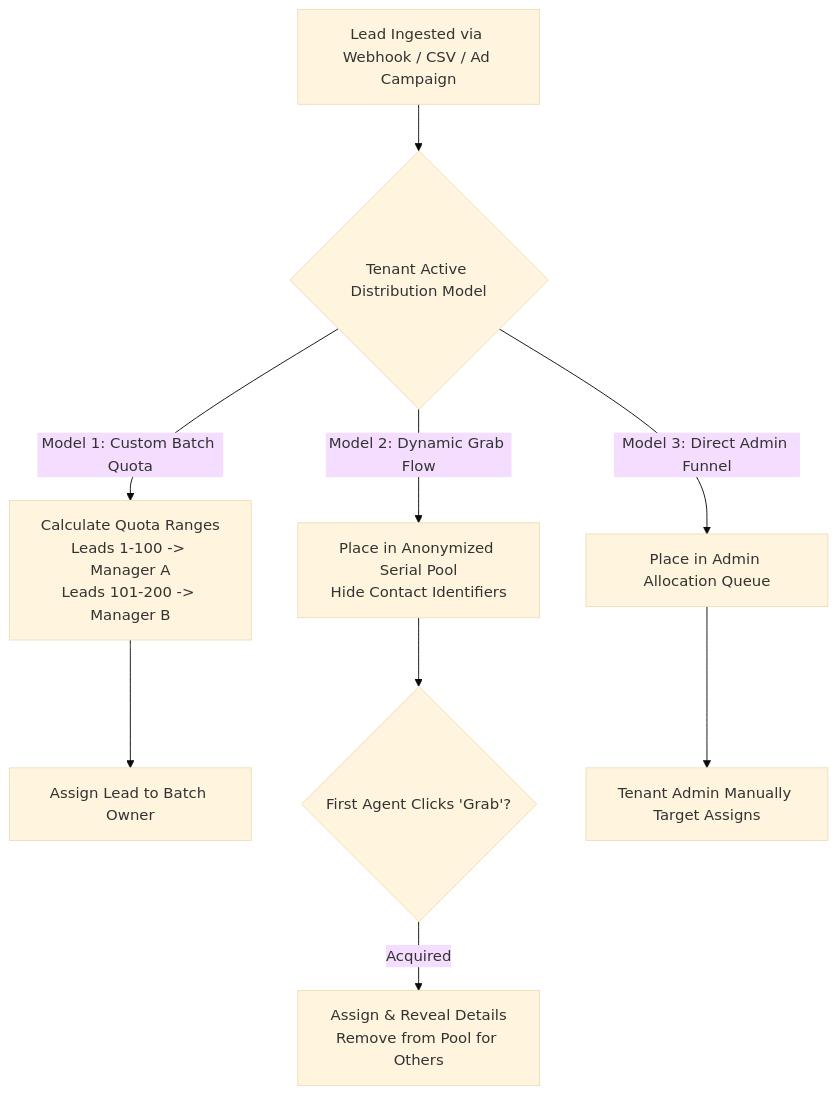
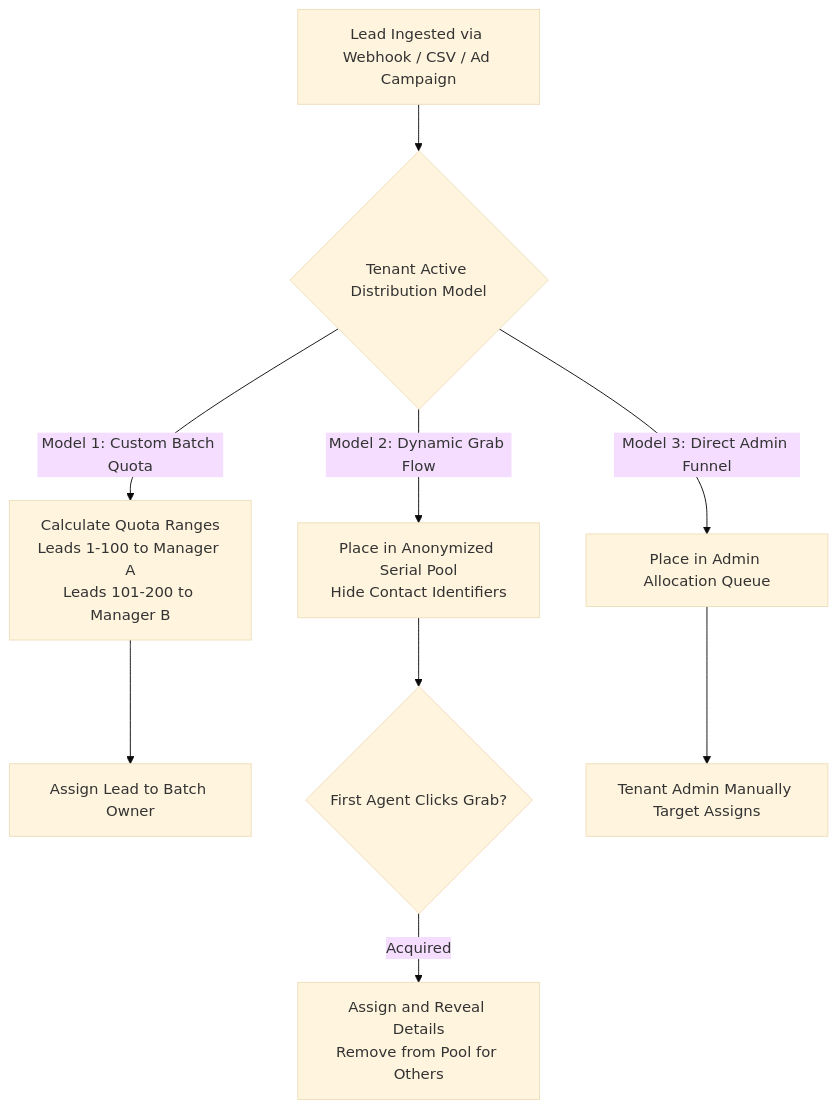
Before and after one commit to aditya-k-rai/DAS-CRM: the fourth of 12 diagrams in README.md, drawn with Mermaid (base theme). The commit also changed other lines of this file, not shown here.

First line of the commit message:
fix: repair broken Mermaid diagrams in README

````diff
--- a/README.md
+++ b/README.md
@@ -236,10 +242,18 @@
 ```mermaid
 flowchart TD
-    Ingress[Lead Ingested via Webhook / CSV / Ad Campaign] --> CheckModel{Tenant Active Distribution Model}
+    Ingress["Lead Ingested via Webhook / CSV / Ad Campaign"] --> CheckModel{Tenant Active Distribution Model}
 
-    CheckModel -- Model 1: Custom Batch Quota --> BatchCalc[Calculate Quota Ranges<br/>Leads 1-100 -> Manager A<br/>Leads 101-200 -> Manager B] --> AssignBatch[Assign Lead to Batch Owner]
+    CheckModel -- "Model 1: Custom Batch Quota" --> BatchCalc["Calculate Quota Ranges
+Leads 1-100 to Manager A
+Leads 101-200 to Manager B"]
+    BatchCalc --> AssignBatch[Assign Lead to Batch Owner]
 
-    CheckModel -- Model 2: Dynamic Grab Flow --> GrabPool[Place in Anonymized Serial Pool<br/>Hide Contact Identifiers] --> FirstView{First Agent Clicks 'Grab'?} -->|Acquired| LockLead[Assign & Reveal Details<br/>Remove from Pool for Others]
+    CheckModel -- "Model 2: Dynamic Grab Flow" --> GrabPool["Place in Anonymized Serial Pool
+Hide Contact Identifiers"]
+    GrabPool --> FirstView{First Agent Clicks Grab?}
+    FirstView -->|Acquired| LockLead["Assign and Reveal Details
+Remove from Pool for Others"]
 
-    CheckModel -- Model 3: Direct Admin Funnel --> AdminQueue[Place in Admin Allocation Queue] --> ManualAssign[Tenant Admin Manually Target Assigns]
+    CheckModel -- "Model 3: Direct Admin Funnel" --> AdminQueue[Place in Admin Allocation Queue]
+    AdminQueue --> ManualAssign[Tenant Admin Manually Target Assigns]
 ```
````
